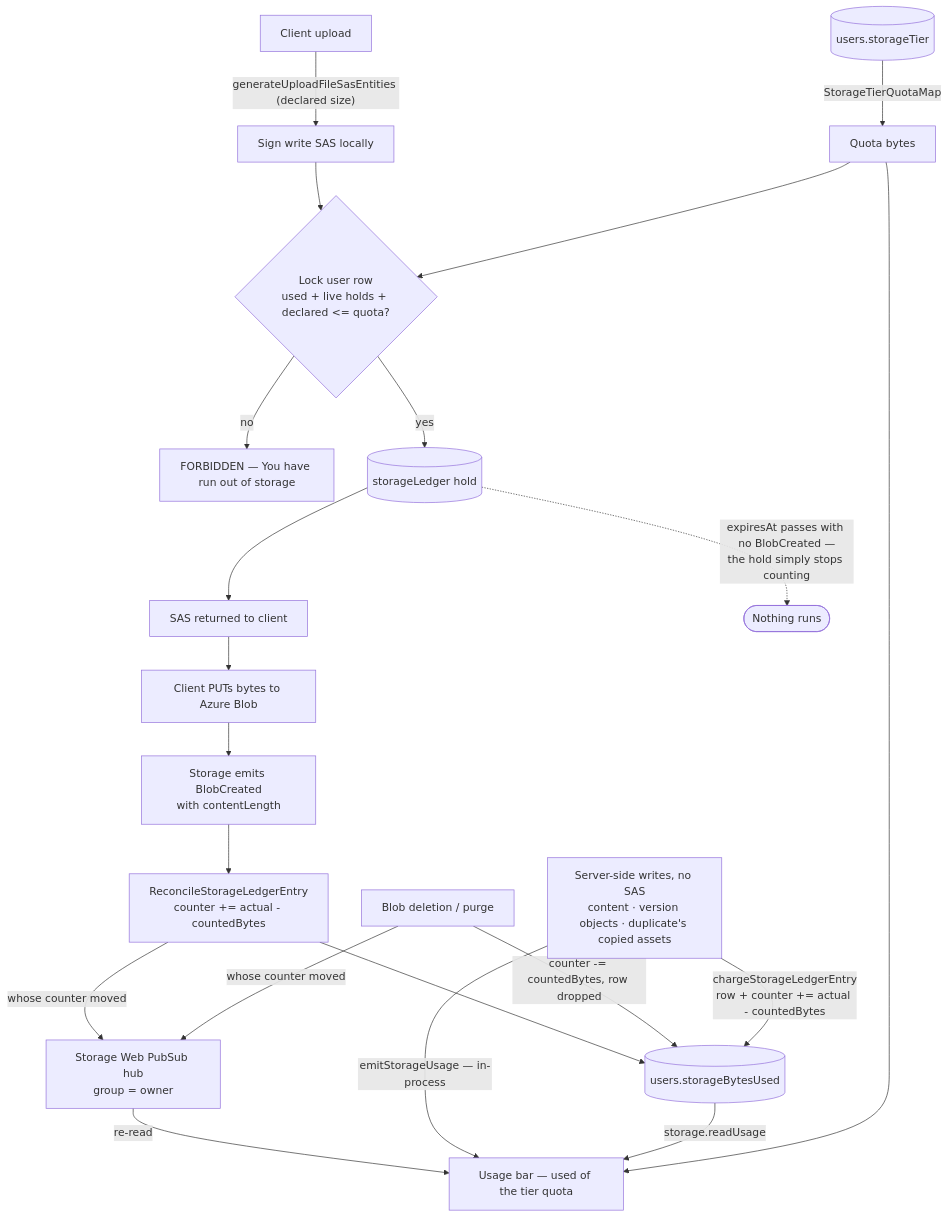
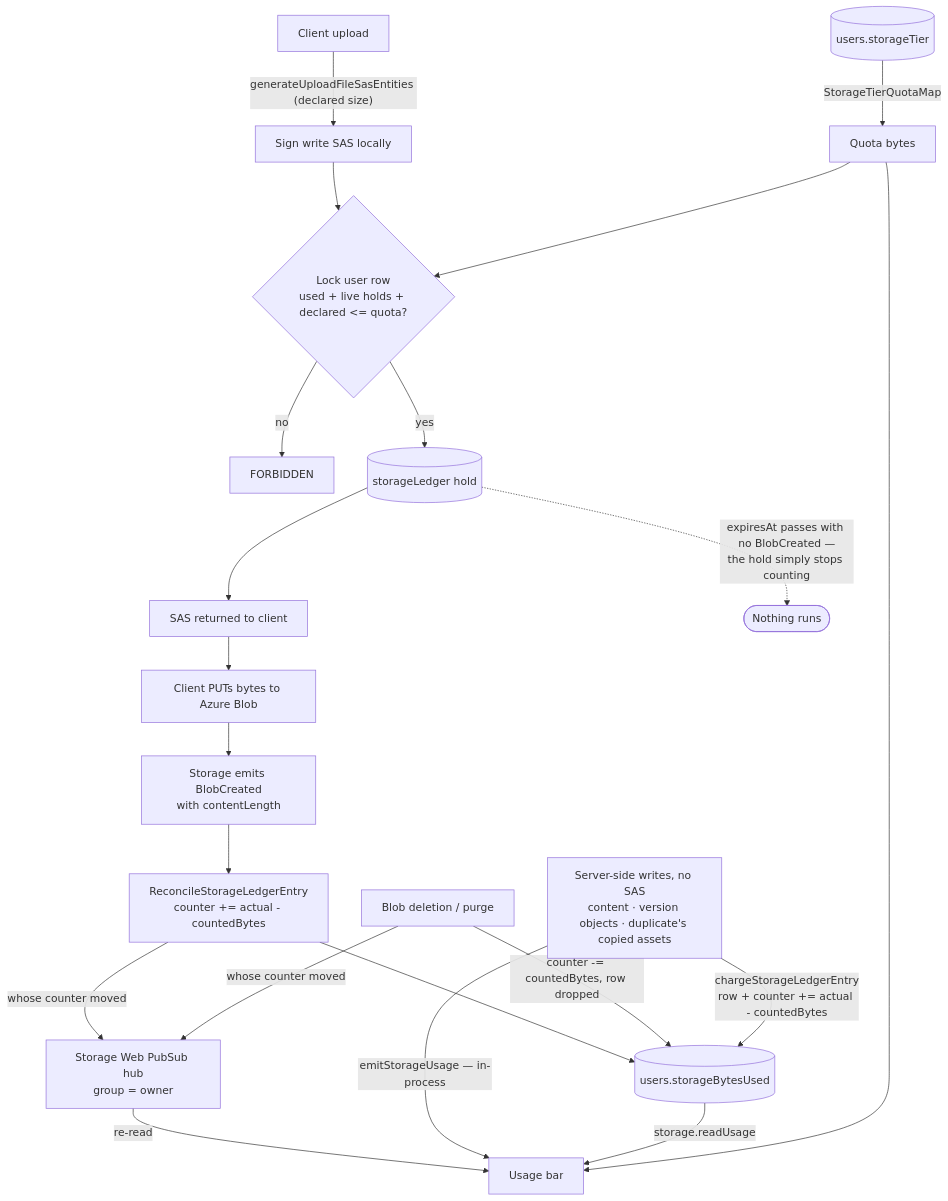
The diagram in openspec/specs/resource/storage-quotas/design.md (Esposter/Esposter), drawn with Mermaid before and after one commit. The commit also changed other lines of this file and 13 other files, not shown here.

````diff
--- a/openspec/specs/resource/storage-quotas/design.md
+++ b/openspec/specs/resource/storage-quotas/design.md
@@ -18,23 +18,23 @@
 ```mermaid
 flowchart TD
   client[Client upload] -->|"generateUploadFileSasEntities (declared size)"| sign[Sign write SAS locally]
   sign --> reserve{"Lock user row<br/>used + live holds + declared &lt;= quota?"}
-  reserve -->|no| reject["FORBIDDEN — You have run out of storage"]
+  reserve -->|no| reject["FORBIDDEN"]
   reserve -->|yes| ledger[("storageLedger hold")]
   ledger --> respond[SAS returned to client]
   respond --> put[Client PUTs bytes to Azure Blob]
   put --> created["Storage emits BlobCreated<br/>with contentLength"]
   created --> reconcile["ReconcileStorageLedgerEntry<br/>counter += actual - countedBytes"]
   reconcile --> counter[("users.storageBytesUsed")]
   del["Blob deletion / purge"] -->|"counter -= countedBytes, row dropped"| counter
   save["Server-side writes, no SAS<br/>content · version objects · duplicate's copied assets"] -->|"chargeStorageLedgerEntry<br/>row + counter += actual - countedBytes"| counter
   ledger -.->|"expiresAt passes with no BlobCreated —<br/>the hold simply stops counting"| gone(["Nothing runs"])
   reconcile -->|"whose counter moved"| pubsub["Storage Web PubSub hub<br/>group = owner"]
   del -->|"whose counter moved"| pubsub
   pubsub -->|"re-read"| ui
   save -->|"emitStorageUsage — in-process"| ui
-  counter -->|storage.readUsage| ui["Usage bar — used of the tier quota"]
+  counter -->|storage.readUsage| ui["Usage bar"]
   tier[("users.storageTier")] -->|StorageTierQuotaMap| quota[Quota bytes]
   quota --> reserve
   quota --> ui
 ```
````
